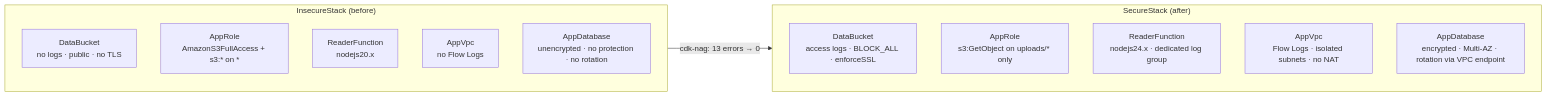
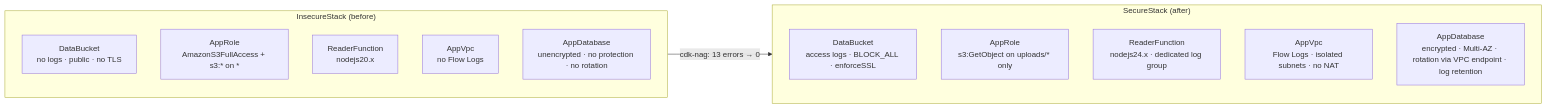
Before and after one commit to EduardoTayupanta/aws-cdk-nag-security-tutorial: the diagram in README.md, drawn with Mermaid. The commit also changed other lines of this file, not shown here.

````diff
--- a/README.md
+++ b/README.md
@@ -59,20 +59,20 @@
 ```mermaid
 flowchart LR
     subgraph before["InsecureStack (before)"]
         direction TB
         a1["DataBucket<br/>no logs · public · no TLS"]
         a2["AppRole<br/>AmazonS3FullAccess + s3:* on *"]
         a3["ReaderFunction<br/>nodejs20.x"]
         a4["AppVpc<br/>no Flow Logs"]
         a5["AppDatabase<br/>unencrypted · no protection · no rotation"]
     end
     subgraph after["SecureStack (after)"]
         direction TB
         b1["DataBucket<br/>access logs · BLOCK_ALL · enforceSSL"]
         b2["AppRole<br/>s3:GetObject on uploads/* only"]
         b3["ReaderFunction<br/>nodejs24.x · dedicated log group"]
         b4["AppVpc<br/>Flow Logs · isolated subnets · no NAT"]
-        b5["AppDatabase<br/>encrypted · Multi-AZ · rotation via VPC endpoint"]
+        b5["AppDatabase<br/>encrypted · Multi-AZ · rotation via VPC endpoint · log retention"]
     end
     before -- "cdk-nag: 13 errors → 0" --> after
 ```
````
